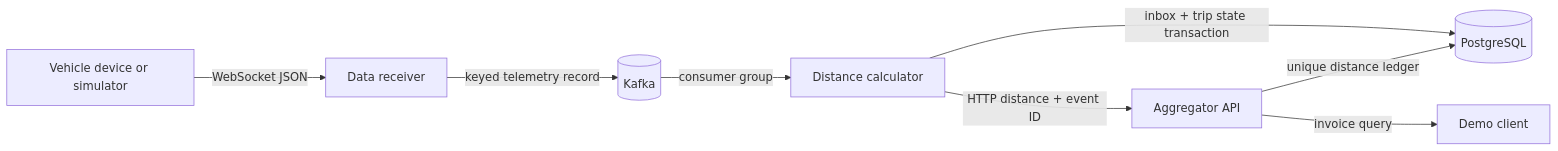
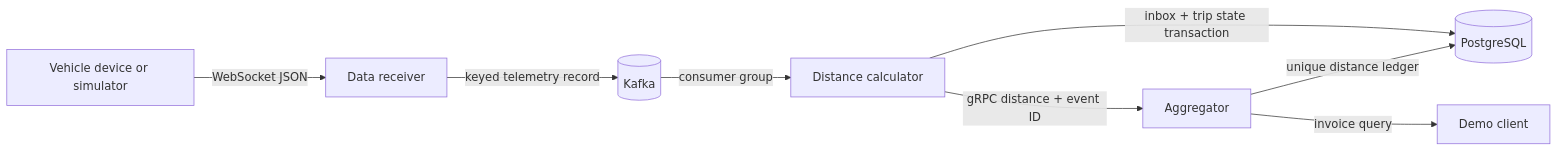
The first of 2 diagrams in docs/architecture/HLD.md (Tanmoy095/FleetToll-Engine), drawn with Mermaid before and after one commit. The commit also changed other lines of this file and 13 other files, not shown here.

````diff
--- a/docs/architecture/HLD.md
+++ b/docs/architecture/HLD.md
@@ -11,10 +11,10 @@
 ```mermaid
 flowchart LR
   Device[Vehicle device or simulator] -->|WebSocket JSON| Receiver[Data receiver]
   Receiver -->|keyed telemetry record| Kafka[(Kafka)]
   Kafka -->|consumer group| Calculator[Distance calculator]
   Calculator -->|inbox + trip state transaction| DB[(PostgreSQL)]
-  Calculator -->|HTTP distance + event ID| Aggregator[Aggregator API]
+  Calculator -->|gRPC distance + event ID| Aggregator[Aggregator]
   Aggregator -->|unique distance ledger| DB
   Aggregator -->|invoice query| Client[Demo client]
 ```
````
